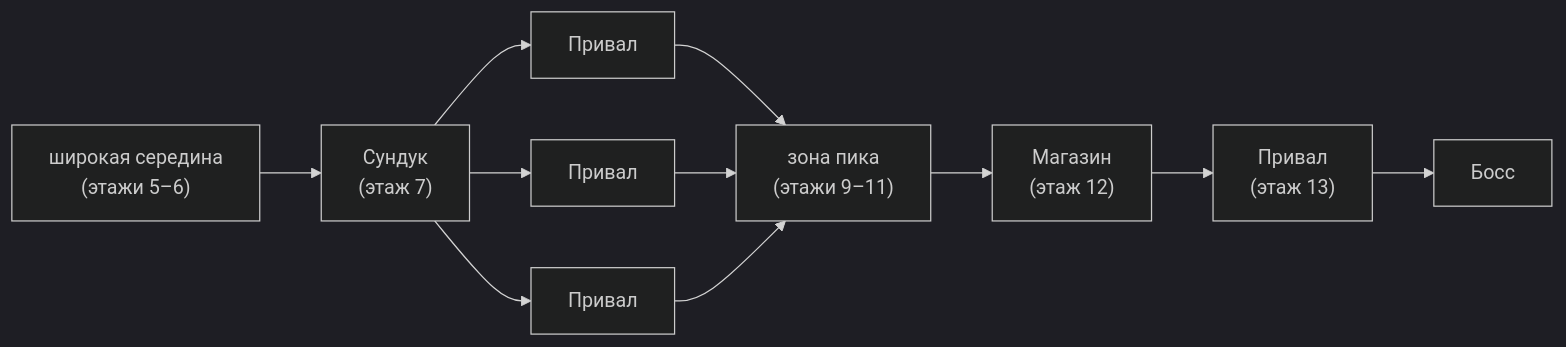
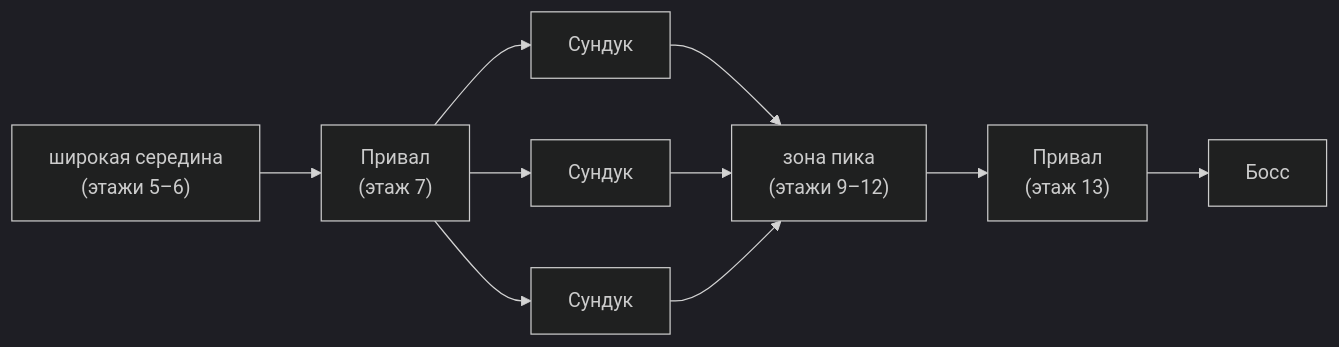
One commit to Kaliguri/Guildmaster-Autobattler changed the diagram in docs/wiki/gdd/30-run-meta/events-minigames.md. Above: the diagram before and after it, drawn with Mermaid (dark theme). The commit also changed other lines of this file and 4 other files, not shown here.

````diff
--- a/docs/wiki/gdd/30-run-meta/events-minigames.md
+++ b/docs/wiki/gdd/30-run-meta/events-minigames.md
@@ -77,11 +85,10 @@
 ```mermaid
 flowchart LR
-    A["широкая середина<br/>(этажи 5–6)"] --> B["Сундук<br/>(этаж 7)"]
-    B --> C1["Привал"]
-    B --> C2["Привал"]
-    B --> C3["Привал"]
-    C1 & C2 & C3 --> D["зона пика<br/>(этажи 9–11)"]
-    D --> E["Магазин<br/>(этаж 12)"]
-    E --> F["Привал<br/>(этаж 13)"]
+    A["широкая середина<br/>(этажи 5–6)"] --> B["Привал<br/>(этаж 7)"]
+    B --> C1["Сундук"]
+    B --> C2["Сундук"]
+    B --> C3["Сундук"]
+    C1 & C2 & C3 --> D["зона пика<br/>(этажи 9–12)"]
+    D --> F["Привал<br/>(этаж 13)"]
     F --> G["Босс"]
 ```
````
